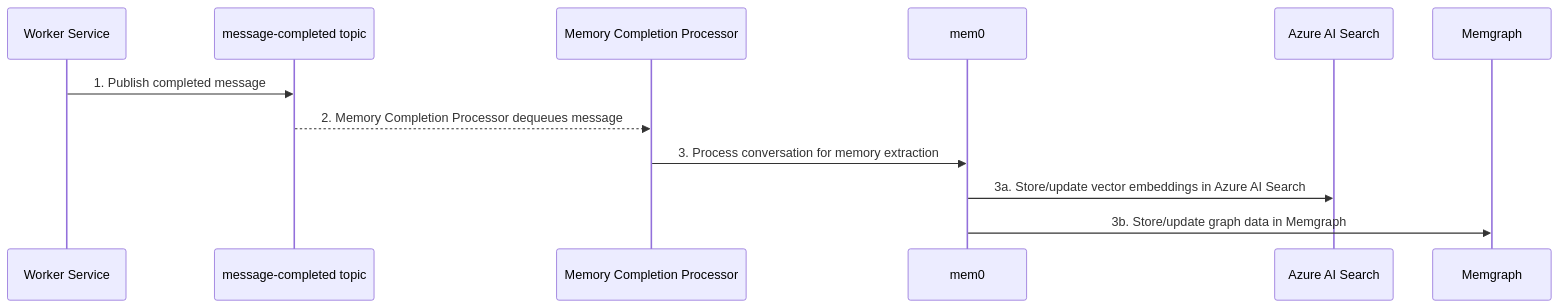
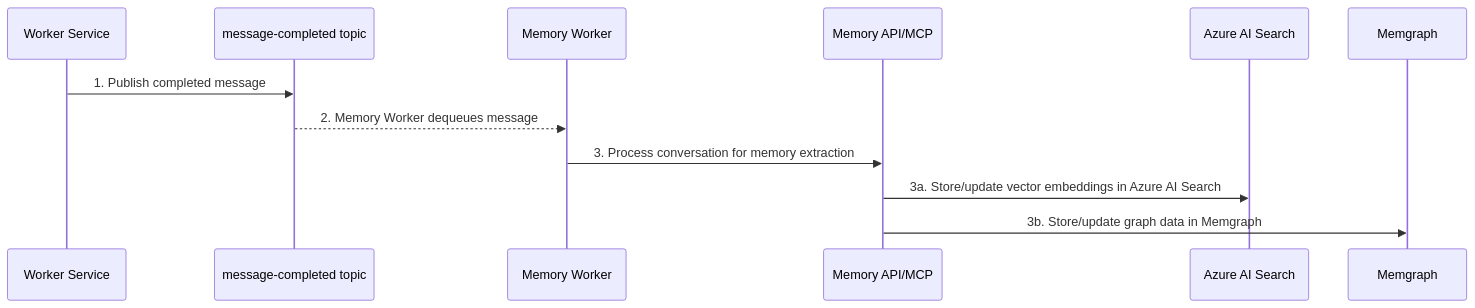
The fourth of 4 diagrams in d-ai-app-patterns/scalable_chat/README.md (tkubica12/azure-workshops), drawn with Mermaid before and after one commit. The commit also changed other lines of this file, not shown here.

````diff
--- a/d-ai-app-patterns/scalable_chat/README.md
+++ b/d-ai-app-patterns/scalable_chat/README.md
@@ -168,15 +165,15 @@
 ```mermaid
 sequenceDiagram
     participant W as Worker Service
     participant CC as message-completed topic
-    participant MCP as Memory Completion Processor
-    participant M as mem0
+    participant MW as Memory Worker
+    participant MA as Memory API/MCP
     participant AS as Azure AI Search
     participant G as Memgraph
 
     W->>CC: 1. Publish completed message
-    CC-->>MCP: 2. Memory Completion Processor dequeues message
-    MCP->>M: 3. Process conversation for memory extraction
-    M->>AS: 3a. Store/update vector embeddings in Azure AI Search
-    M->>G: 3b. Store/update graph data in Memgraph
+    CC-->>MW: 2. Memory Worker dequeues message
+    MW->>MA: 3. Process conversation for memory extraction
+    MA->>AS: 3a. Store/update vector embeddings in Azure AI Search
+    MA->>G: 3b. Store/update graph data in Memgraph
 ```
````
